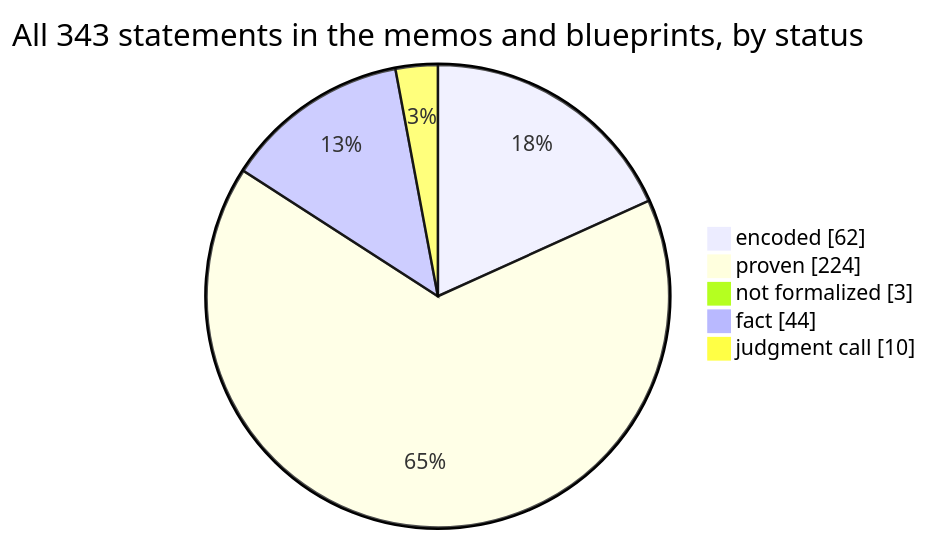
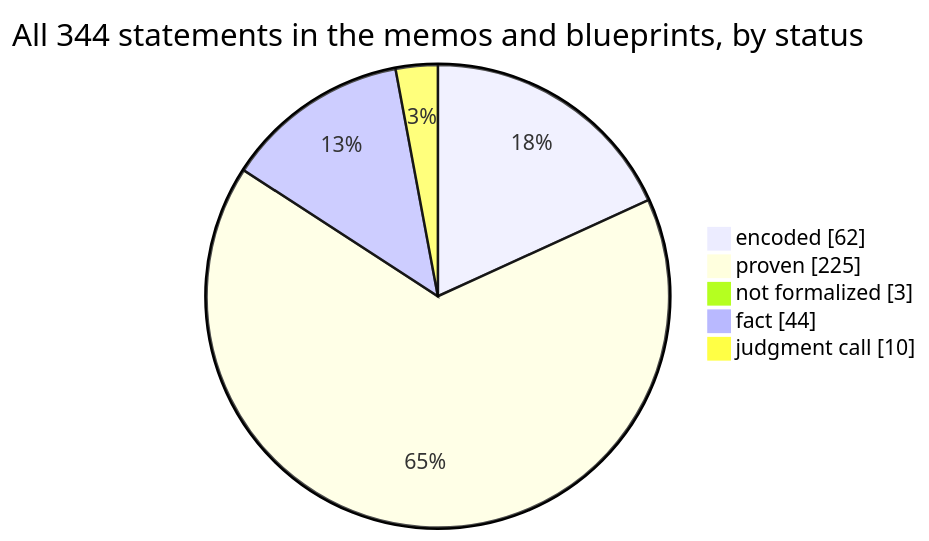
The first of 4 diagrams in docs/graphs/dashboard.md (SeanWMurray/Canteen), drawn with Mermaid before and after one commit. The commit also changed other lines of this file and 16 other files, not shown here.

````diff
--- a/docs/graphs/dashboard.md
+++ b/docs/graphs/dashboard.md
@@ -11,8 +11,8 @@
 ```mermaid
-pie showData title All 343 statements in the memos and blueprints, by status
+pie showData title All 344 statements in the memos and blueprints, by status
     "encoded" : 62
-    "proven" : 224
+    "proven" : 225
     "not formalized" : 3
     "fact" : 44
     "judgment call" : 10
 ```
````
